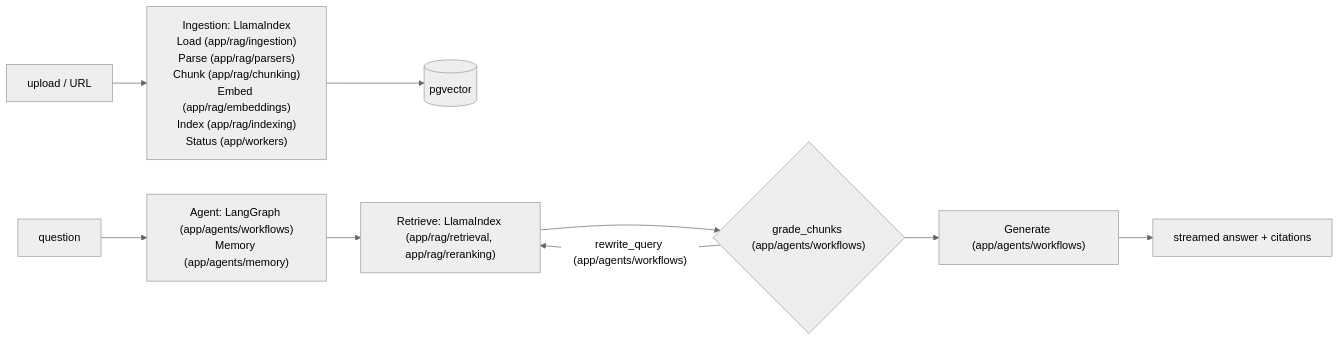
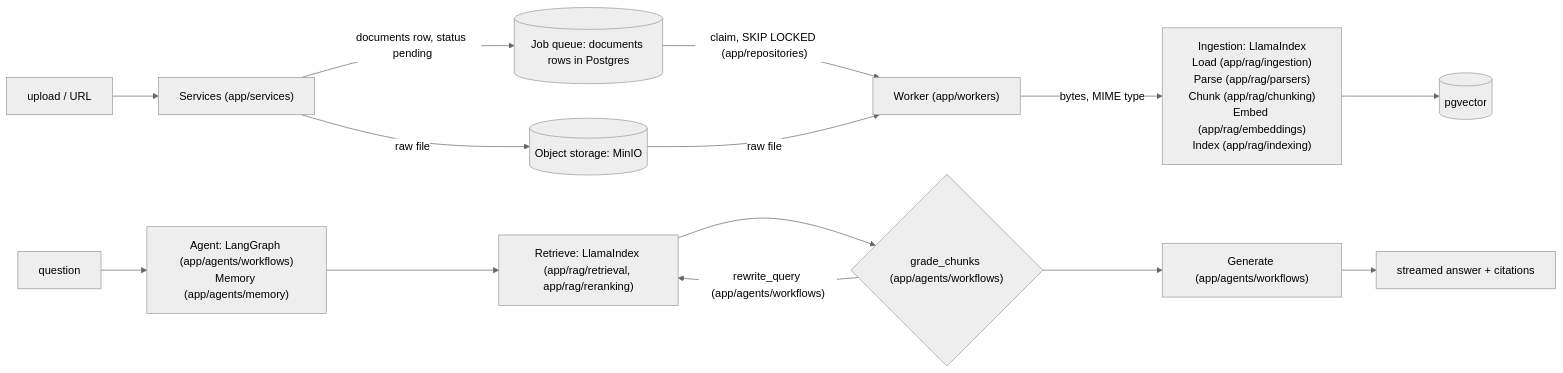
Before and after one commit to JosephSuyam/ragidy: the diagram in docs/architecture/overview.md, drawn with Mermaid (neutral theme). The commit also changed other lines of this file and 4 other files, not shown here.

First line of the commit message:
docs(docs): add ADR 0002 object storage and job queue

````diff
--- a/docs/architecture/overview.md
+++ b/docs/architecture/overview.md
@@ -5,6 +5,12 @@
 ```mermaid
 flowchart LR
-  src["upload / URL"] --> ingest["Ingestion: LlamaIndex<br/>Load (app/rag/ingestion)<br/>Parse (app/rag/parsers)<br/>Chunk (app/rag/chunking)<br/>Embed (app/rag/embeddings)<br/>Index (app/rag/indexing)<br/>Status (app/workers)"] --> pg[("pgvector")]
+  src["upload / URL"] --> svc["Services (app/services)"]
+  svc -->|"raw file"| objstore[("Object storage: MinIO")]
+  svc -->|"documents row, status pending"| queue[("Job queue: documents rows in Postgres")]
+  queue -->|"claim, SKIP LOCKED (app/repositories)"| worker["Worker (app/workers)"]
+  objstore -->|"raw file"| worker
+  worker -->|"bytes, MIME type"| ingest["Ingestion: LlamaIndex<br/>Load (app/rag/ingestion)<br/>Parse (app/rag/parsers)<br/>Chunk (app/rag/chunking)<br/>Embed (app/rag/embeddings)<br/>Index (app/rag/indexing)"]
+  ingest --> pg[("pgvector")]
   q["question"] --> agent["Agent: LangGraph (app/agents/workflows)<br/>Memory (app/agents/memory)"] --> retrieve["Retrieve: LlamaIndex (app/rag/retrieval, app/rag/reranking)"] --> grade{"grade_chunks (app/agents/workflows)"} --> generate["Generate (app/agents/workflows)"] --> out["streamed answer + citations"]
   grade -->|"rewrite_query (app/agents/workflows)"| retrieve
 ```
````
